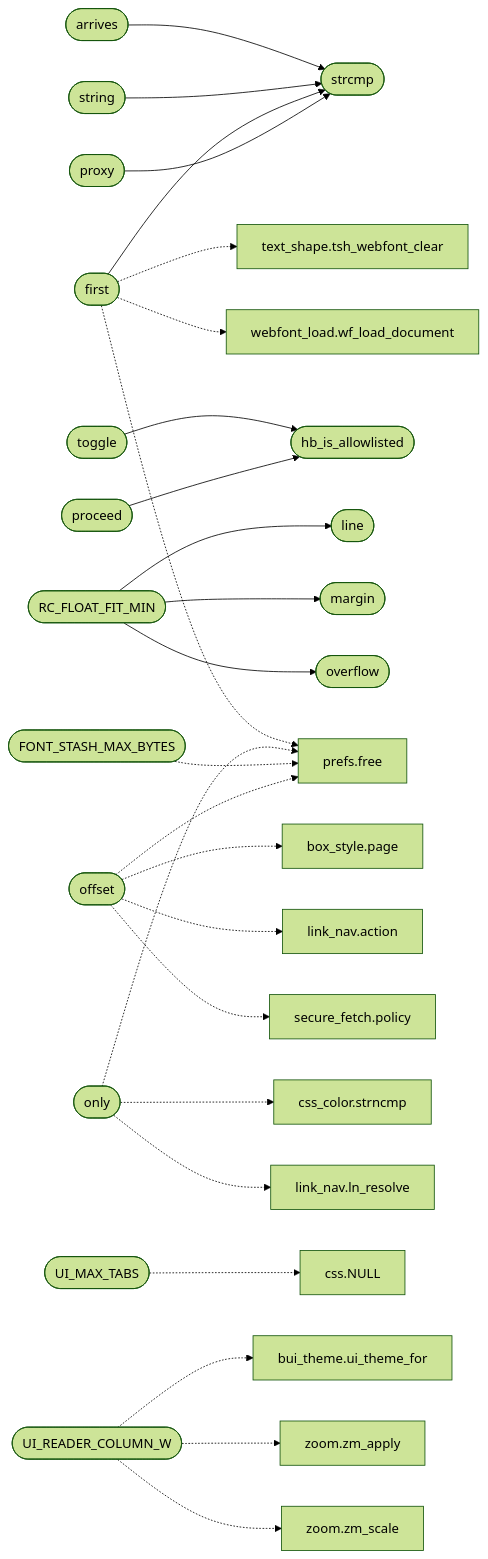
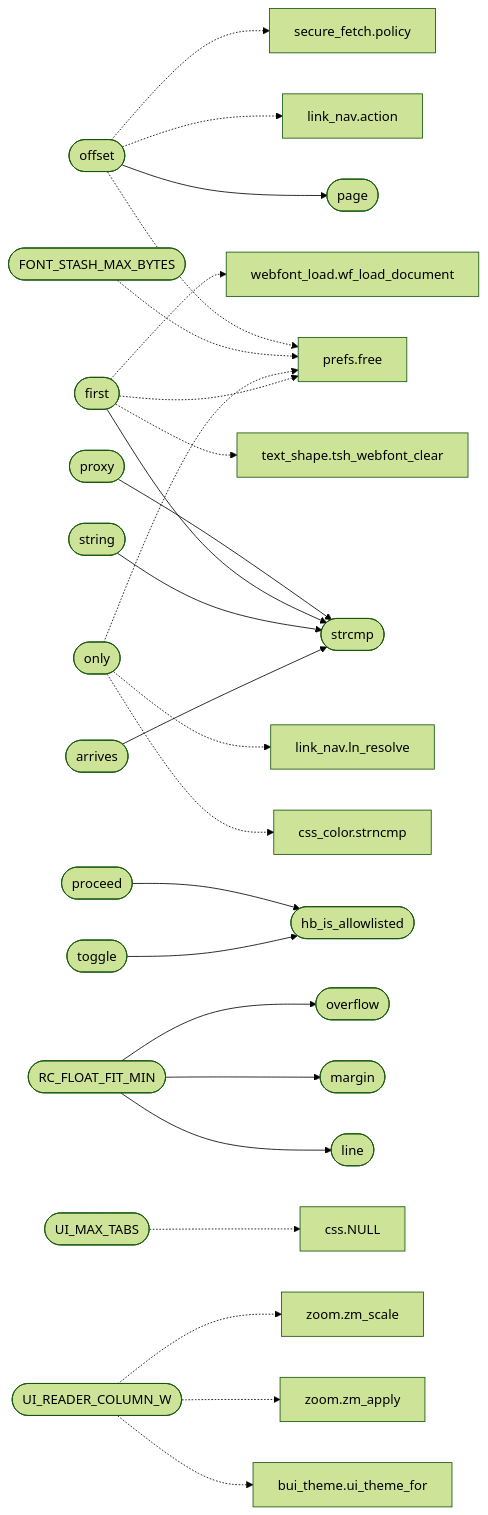
Before and after one commit to grisuno/FreeDom: the second of 2 diagrams in readmenator-apidocs/modules/gui.browser_ui.c.md, drawn with Mermaid (forest theme). The commit also changed other lines of this file and 124 other files, not shown here.

````diff
--- a/readmenator-apidocs/modules/gui.browser_ui.c.md
+++ b/readmenator-apidocs/modules/gui.browser_ui.c.md
@@ -75,56 +75,56 @@
 ```mermaid
 flowchart LR
+    n_gui_browser_ui_c__offset(["offset"])
+    n_gui_browser_ui_c__page(["page"])
     n_gui_browser_ui_c__proxy(["proxy"])
     n_gui_browser_ui_c__strcmp(["strcmp"])
     n_gui_browser_ui_c__first(["first"])
     n_gui_browser_ui_c__proceed(["proceed"])
     n_gui_browser_ui_c__hb_is_allowlisted(["hb_is_allowlisted"])
     n_gui_browser_ui_c__string(["string"])
     n_gui_browser_ui_c__toggle(["toggle"])
     n_gui_browser_ui_c__arrives(["arrives"])
     n_gui_browser_ui_c__RC_FLOAT_FIT_MIN(["RC_FLOAT_FIT_MIN"])
     n_gui_browser_ui_c__line(["line"])
     n_gui_browser_ui_c__margin(["margin"])
     n_gui_browser_ui_c__overflow(["overflow"])
-    n_gui_browser_ui_c__offset(["offset"])
-    n_include_box_style_h__page["box_style.page"]
     n_include_link_nav_h__action["link_nav.action"]
     n_include_prefs_h__free["prefs.free"]
     n_include_secure_fetch_h__policy["secure_fetch.policy"]
     n_gui_browser_ui_c__UI_MAX_TABS(["UI_MAX_TABS"])
     n_src_css_c__NULL["css.NULL"]
     n_gui_browser_ui_c__UI_READER_COLUMN_W(["UI_READER_COLUMN_W"])
     n_gui_bui_theme_c__ui_theme_for["bui_theme.ui_theme_for"]
     n_include_zoom_h__zm_apply["zoom.zm_apply"]
     n_include_zoom_h__zm_scale["zoom.zm_scale"]
     n_gui_browser_ui_c__FONT_STASH_MAX_BYTES(["FONT_STASH_MAX_BYTES"])
     n_gui_browser_ui_c__only(["only"])
     n_src_css_color_c__strncmp["css_color.strncmp"]
     n_src_link_nav_c__ln_resolve["link_nav.ln_resolve"]
     n_include_text_shape_h__tsh_webfont_clear["text_shape.tsh_webfont_clear"]
     n_src_webfont_load_c__wf_load_document["webfont_load.wf_load_document"]
+    n_gui_browser_ui_c__offset --> n_gui_browser_ui_c__page
     n_gui_browser_ui_c__proxy --> n_gui_browser_ui_c__strcmp
     n_gui_browser_ui_c__first --> n_gui_browser_ui_c__strcmp
     n_gui_browser_ui_c__proceed --> n_gui_browser_ui_c__hb_is_allowlisted
     n_gui_browser_ui_c__string --> n_gui_browser_ui_c__strcmp
     n_gui_browser_ui_c__toggle --> n_gui_browser_ui_c__hb_is_allowlisted
     n_gui_browser_ui_c__arrives --> n_gui_browser_ui_c__strcmp
     n_gui_browser_ui_c__RC_FLOAT_FIT_MIN --> n_gui_browser_ui_c__line
     n_gui_browser_ui_c__RC_FLOAT_FIT_MIN --> n_gui_browser_ui_c__margin
     n_gui_browser_ui_c__RC_FLOAT_FIT_MIN --> n_gui_browser_ui_c__overflow
-    n_gui_browser_ui_c__offset -.-> n_include_box_style_h__page
     n_gui_browser_ui_c__offset -.-> n_include_link_nav_h__action
     n_gui_browser_ui_c__offset -.-> n_include_prefs_h__free
     n_gui_browser_ui_c__offset -.-> n_include_secure_fetch_h__policy
     n_gui_browser_ui_c__UI_MAX_TABS -.-> n_src_css_c__NULL
     n_gui_browser_ui_c__UI_READER_COLUMN_W -.-> n_gui_bui_theme_c__ui_theme_for
     n_gui_browser_ui_c__UI_READER_COLUMN_W -.-> n_include_zoom_h__zm_apply
     n_gui_browser_ui_c__UI_READER_COLUMN_W -.-> n_include_zoom_h__zm_scale
     n_gui_browser_ui_c__FONT_STASH_MAX_BYTES -.-> n_include_prefs_h__free
     n_gui_browser_ui_c__only -.-> n_include_prefs_h__free
     n_gui_browser_ui_c__only -.-> n_src_css_color_c__strncmp
     n_gui_browser_ui_c__only -.-> n_src_link_nav_c__ln_resolve
     n_gui_browser_ui_c__first -.-> n_include_prefs_h__free
     n_gui_browser_ui_c__first -.-> n_include_text_shape_h__tsh_webfont_clear
     n_gui_browser_ui_c__first -.-> n_src_webfont_load_c__wf_load_document
 ```
````
